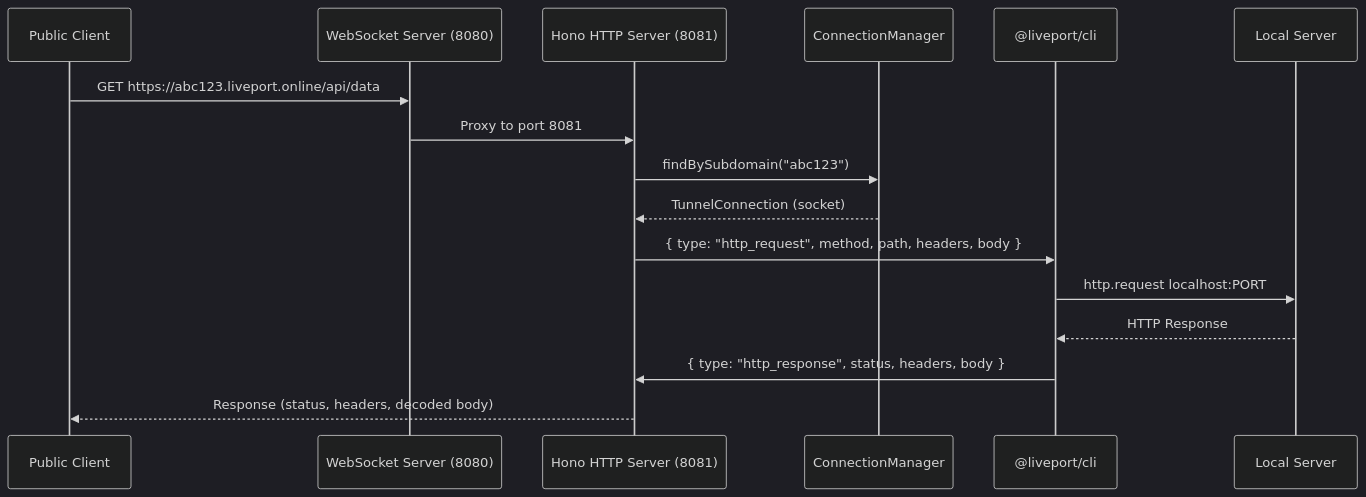
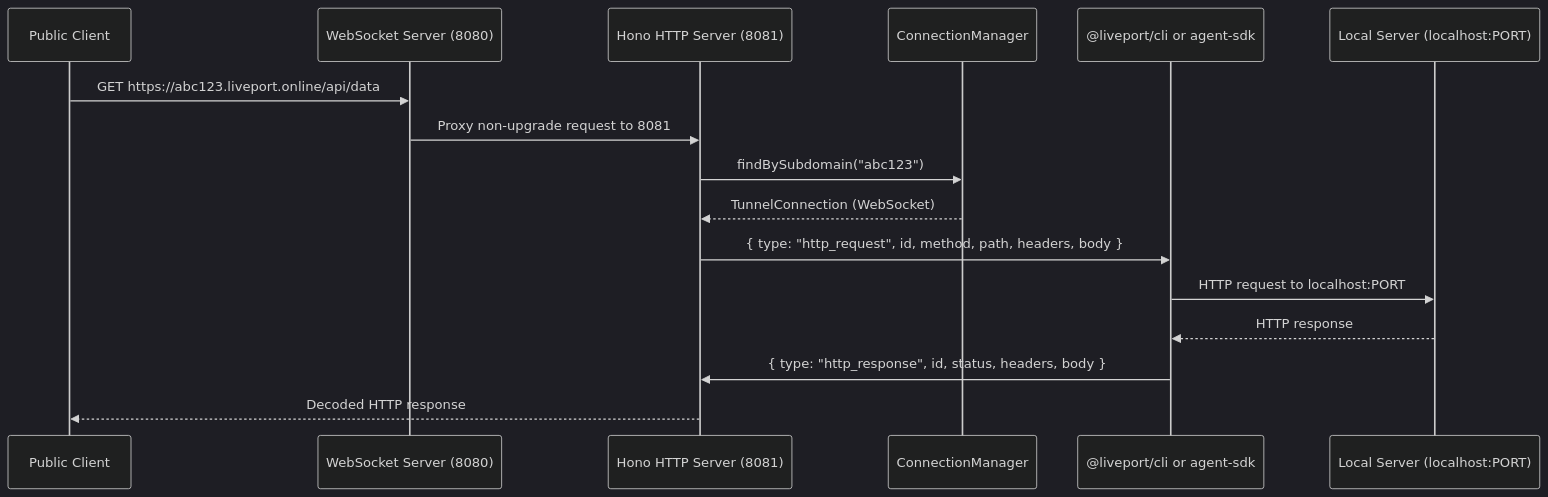
The third of 5 diagrams in docs/ARCHITECTURE.md (dundas/liveport), drawn with Mermaid (dark theme) before and after one commit. The commit also changed other lines of this file and 4 other files, not shown here.

````diff
--- a/docs/ARCHITECTURE.md
+++ b/docs/ARCHITECTURE.md
@@ -90,19 +107,19 @@
 ```mermaid
 sequenceDiagram
     participant Client as Public Client
     participant WS as WebSocket Server (8080)
     participant HTTP as Hono HTTP Server (8081)
     participant CM as ConnectionManager
-    participant CLI as @liveport/cli
-    participant Local as Local Server
+    participant CLI as @liveport/cli or agent-sdk
+    participant Local as Local Server (localhost:PORT)
 
     Client->>WS: GET https://abc123.liveport.online/api/data
-    WS->>HTTP: Proxy to port 8081
+    WS->>HTTP: Proxy non-upgrade request to 8081
     HTTP->>CM: findBySubdomain("abc123")
-    CM-->>HTTP: TunnelConnection (socket)
-    HTTP->>CLI: { type: "http_request", method, path, headers, body }
-    CLI->>Local: http.request localhost:PORT
-    Local-->>CLI: HTTP Response
-    CLI->>HTTP: { type: "http_response", status, headers, body }
-    HTTP-->>Client: Response (status, headers, decoded body)
+    CM-->>HTTP: TunnelConnection (WebSocket)
+    HTTP->>CLI: { type: "http_request", id, method, path, headers, body }
+    CLI->>Local: HTTP request to localhost:PORT
+    Local-->>CLI: HTTP response
+    CLI->>HTTP: { type: "http_response", id, status, headers, body }
+    HTTP-->>Client: Decoded HTTP response
 ```
````
